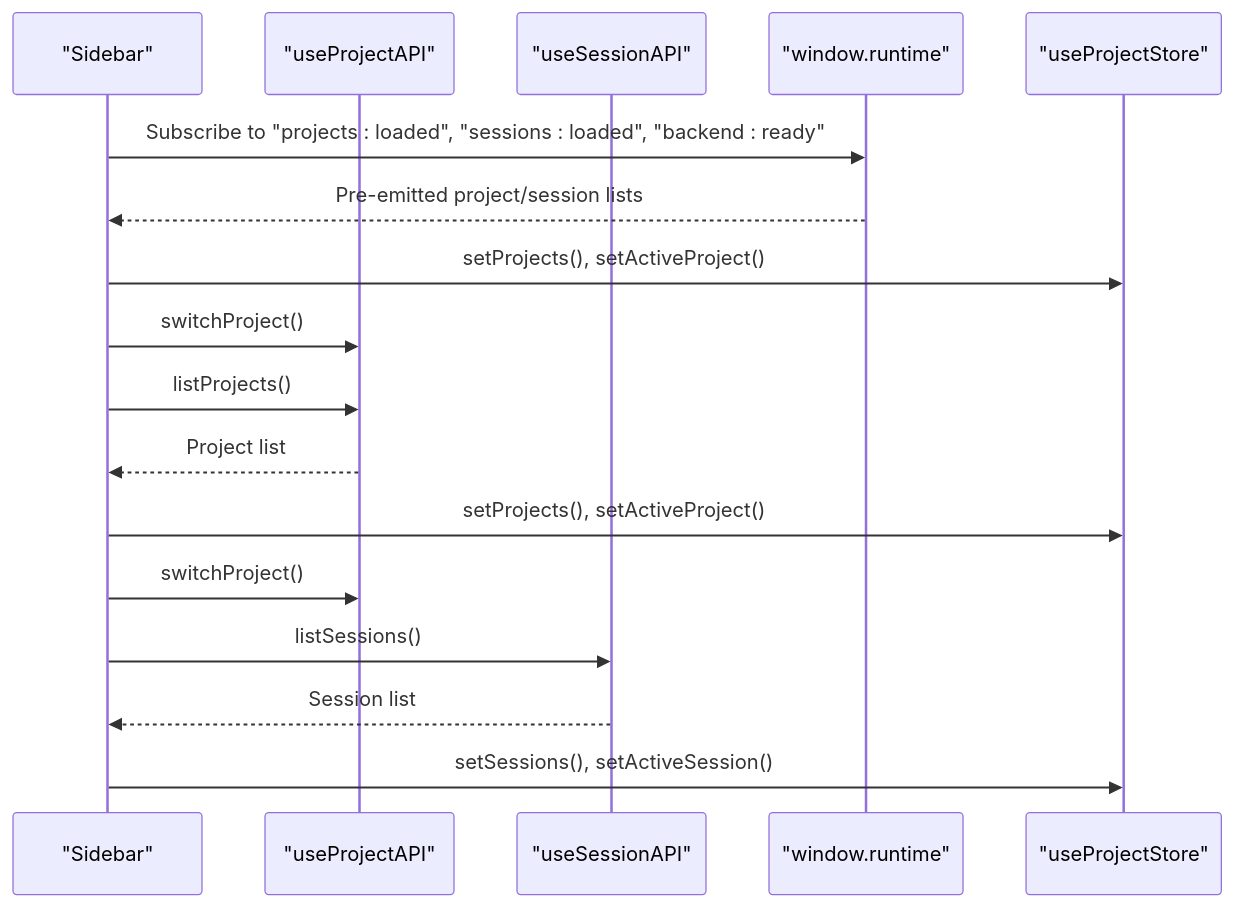
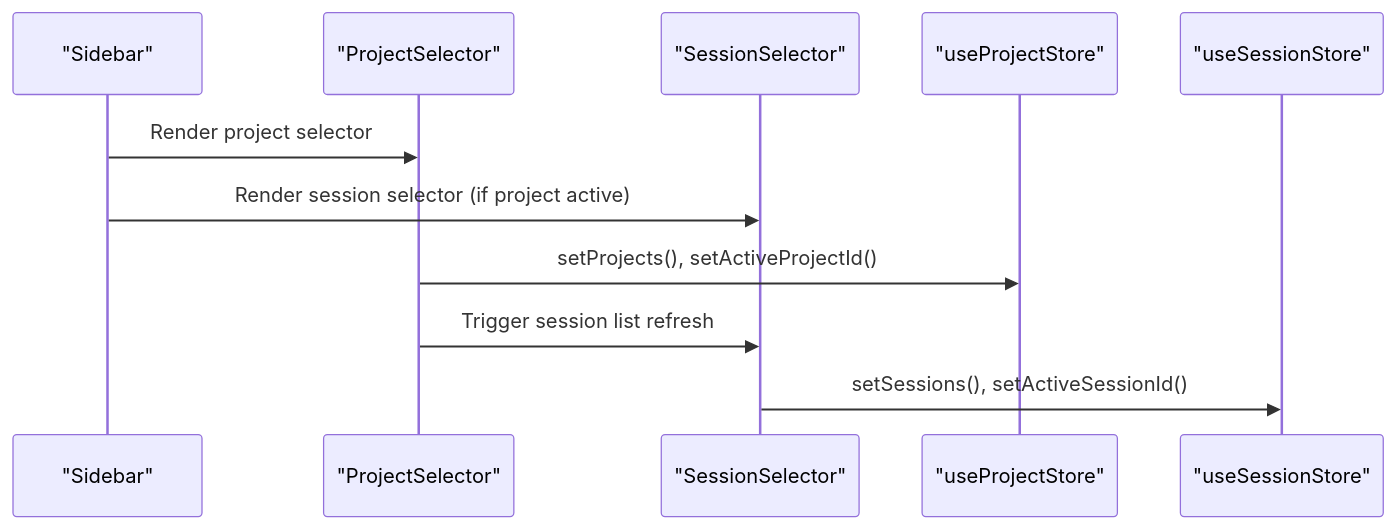
One commit to v0lka/c0wrk changed the fourth of 8 diagrams in .qoder/repowiki/en/content/Frontend Application/UI Components/Layout and Navigation Components.md. Above: the diagram before and after it, drawn with Mermaid. The commit also changed other lines of this file and 13 other files, not shown here.

````diff
--- a/.qoder/repowiki/en/content/Frontend Application/UI Components/Layout and Navigation Components.md
+++ b/.qoder/repowiki/en/content/Frontend Application/UI Components/Layout and Navigation Components.md
@@ -193,19 +226,13 @@
 ```mermaid
 sequenceDiagram
 participant UI as "Sidebar"
-participant ProjectAPI as "useProjectAPI"
-participant SessionAPI as "useSessionAPI"
-participant Runtime as "window.runtime"
+participant ProjectSelector as "ProjectSelector"
+participant SessionSelector as "SessionSelector"
 participant ProjectStore as "useProjectStore"
-UI->>Runtime : Subscribe to "projects : loaded", "sessions : loaded", "backend : ready"
-Runtime-->>UI : Pre-emitted project/session lists
-UI->>ProjectStore : setProjects(), setActiveProject()
-UI->>ProjectAPI : switchProject()
-UI->>ProjectAPI : listProjects()
-ProjectAPI-->>UI : Project list
-UI->>ProjectStore : setProjects(), setActiveProject()
-UI->>ProjectAPI : switchProject()
-UI->>SessionAPI : listSessions()
-SessionAPI-->>UI : Session list
-UI->>ProjectStore : setSessions(), setActiveSession()
+participant SessionStore as "useSessionStore"
+UI->>ProjectSelector : Render project selector
+UI->>SessionSelector : Render session selector (if project active)
+ProjectSelector->>ProjectStore : setProjects(), setActiveProjectId()
+ProjectSelector->>SessionSelector : Trigger session list refresh
+SessionSelector->>SessionStore : setSessions(), setActiveSessionId()
 ```
````
